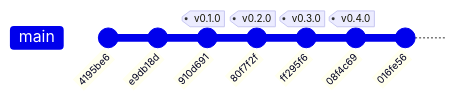
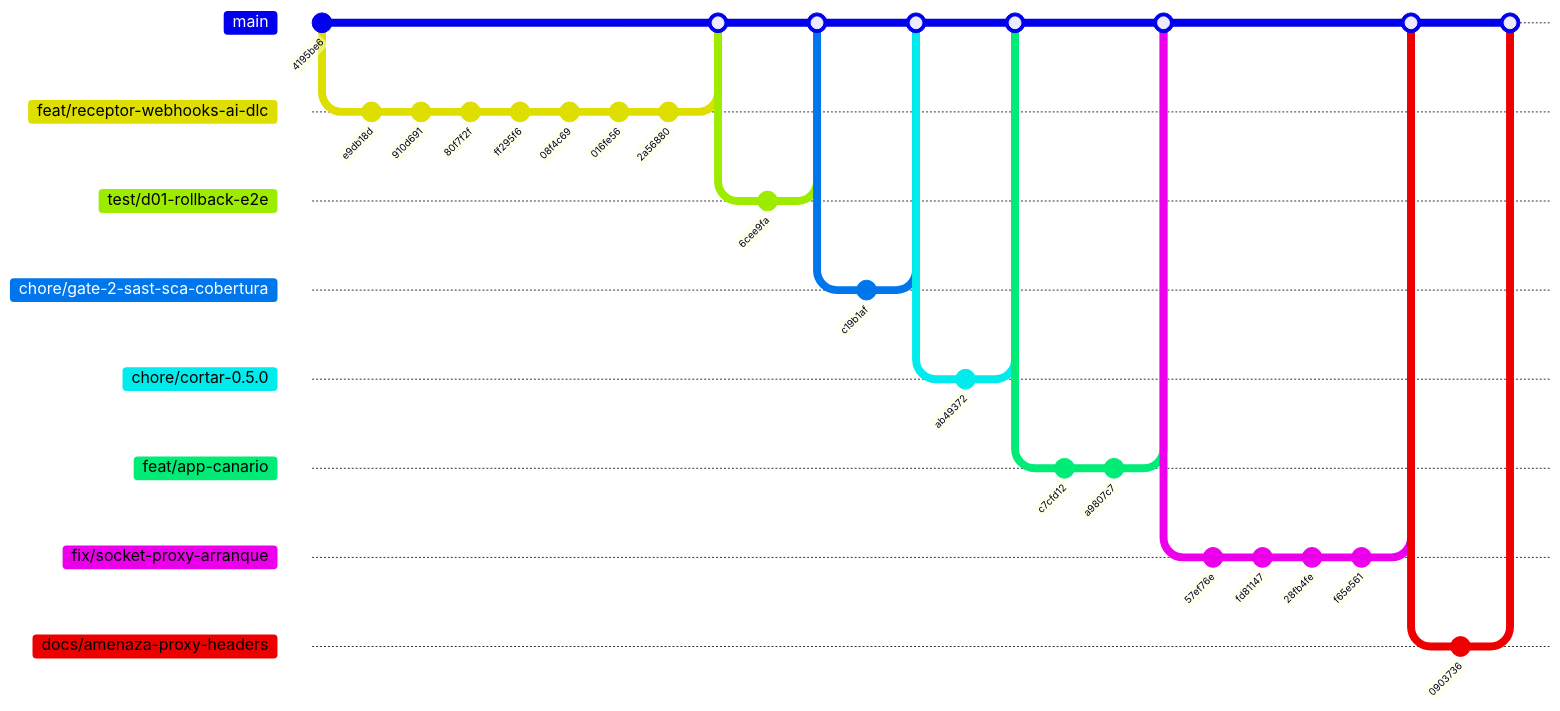
One commit to higerotech/despliegue-continuo changed the diagram in docs/03-implementation/repo-history.md. Above: the diagram before and after it, drawn with Mermaid. The commit also changed other lines of this file and 4 other files, not shown here.

````diff
--- a/docs/03-implementation/repo-history.md
+++ b/docs/03-implementation/repo-history.md
@@ -28,10 +35,49 @@
 ```mermaid
 gitGraph
     commit id: "4195be6"
+    branch feat/receptor-webhooks-ai-dlc
+    checkout feat/receptor-webhooks-ai-dlc
     commit id: "e9db18d"
-    commit id: "910d691" tag: "v0.1.0"
-    commit id: "80f7f2f" tag: "v0.2.0"
-    commit id: "ff295f6" tag: "v0.3.0"
-    commit id: "08f4c69" tag: "v0.4.0"
+    commit id: "910d691"
+    commit id: "80f7f2f"
+    commit id: "ff295f6"
+    commit id: "08f4c69"
     commit id: "016fe56"
+    commit id: "2a56880"
+    checkout main
+    merge feat/receptor-webhooks-ai-dlc
+    branch test/d01-rollback-e2e
+    checkout test/d01-rollback-e2e
+    commit id: "6cee9fa"
+    checkout main
+    merge test/d01-rollback-e2e
+    branch chore/gate-2-sast-sca-cobertura
+    checkout chore/gate-2-sast-sca-cobertura
+    commit id: "c19b1af"
+    checkout main
+    merge chore/gate-2-sast-sca-cobertura
+    branch chore/cortar-0.5.0
+    checkout chore/cortar-0.5.0
+    commit id: "ab49372"
+    checkout main
+    merge chore/cortar-0.5.0
+    branch feat/app-canario
+    checkout feat/app-canario
+    commit id: "c7cfd12"
+    commit id: "a9807c7"
+    checkout main
+    merge feat/app-canario
+    branch fix/socket-proxy-arranque
+    checkout fix/socket-proxy-arranque
+    commit id: "57ef76e"
+    commit id: "fd81147"
+    commit id: "28fb4fe"
+    commit id: "f65e561"
+    checkout main
+    merge fix/socket-proxy-arranque
+    branch docs/amenaza-proxy-headers
+    checkout docs/amenaza-proxy-headers
+    commit id: "0903736"
+    checkout main
+    merge docs/amenaza-proxy-headers
 ```
````
